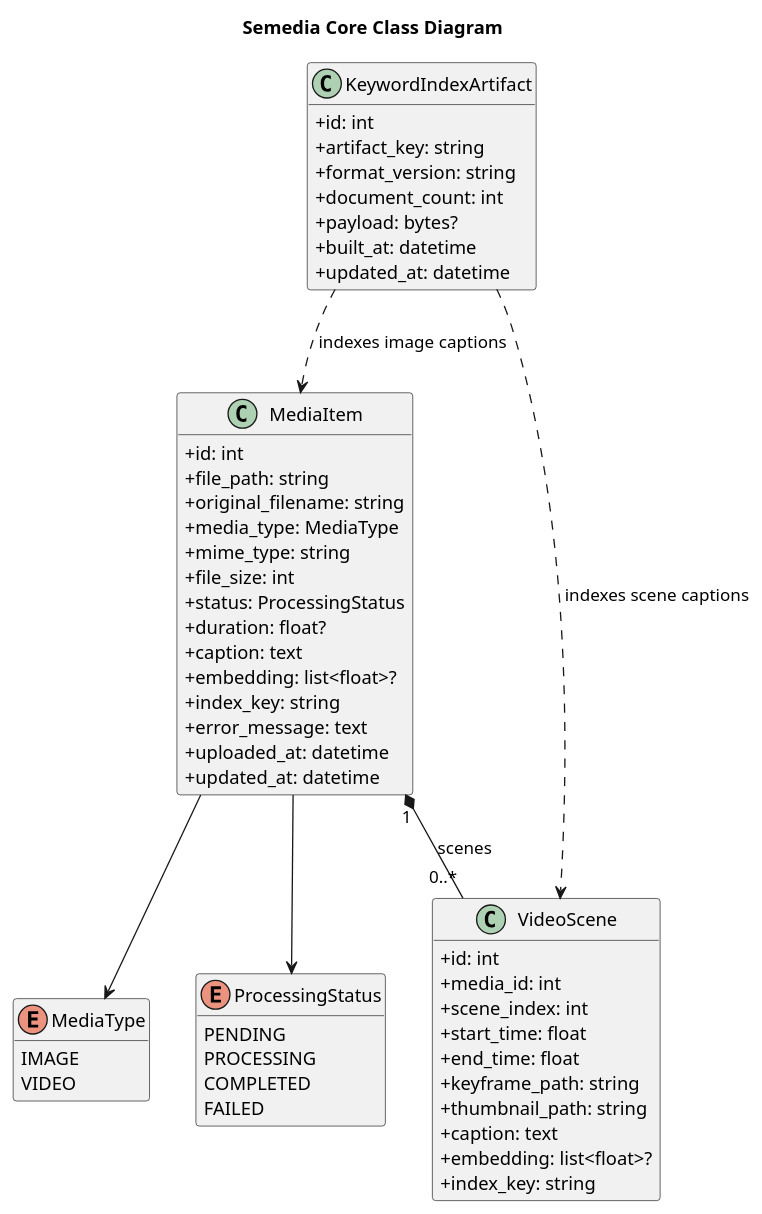
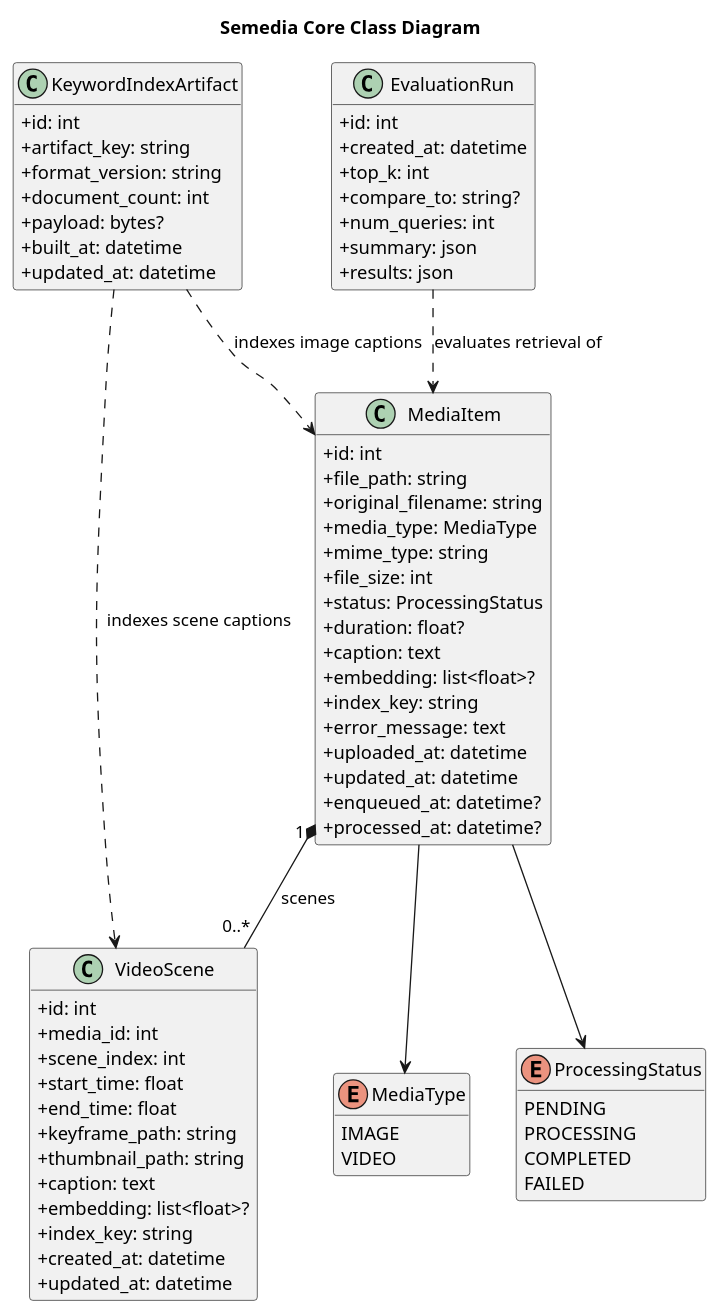
Diagram 19 of 19 in docs/college-reports/semedia-final-project-report-draft.md (pho-veteran/semedia), drawn with PlantUML before and after one commit. The commit also changed other lines of this file and 13 other files, not shown here.

````diff
--- a/docs/college-reports/semedia-final-project-report-draft.md
+++ b/docs/college-reports/semedia-final-project-report-draft.md
@@ -911,65 +991,80 @@
 ```plantuml
 @startuml
 title Semedia Core Class Diagram
 hide methods
 skinparam classAttributeIconSize 0
 
 enum MediaType {
   IMAGE
   VIDEO
 }
 
 enum ProcessingStatus {
   PENDING
   PROCESSING
   COMPLETED
   FAILED
 }
 
 class MediaItem {
   +id: int
   +file_path: string
   +original_filename: string
   +media_type: MediaType
   +mime_type: string
   +file_size: int
   +status: ProcessingStatus
   +duration: float?
   +caption: text
   +embedding: list<float>?
   +index_key: string
   +error_message: text
   +uploaded_at: datetime
   +updated_at: datetime
+  +enqueued_at: datetime?
+  +processed_at: datetime?
 }
 
 class VideoScene {
   +id: int
   +media_id: int
   +scene_index: int
   +start_time: float
   +end_time: float
   +keyframe_path: string
   +thumbnail_path: string
   +caption: text
   +embedding: list<float>?
   +index_key: string
+  +created_at: datetime
+  +updated_at: datetime
 }
 
 class KeywordIndexArtifact {
   +id: int
   +artifact_key: string
   +format_version: string
   +document_count: int
   +payload: bytes?
   +built_at: datetime
   +updated_at: datetime
 }
 
+class EvaluationRun {
+  +id: int
+  +created_at: datetime
+  +top_k: int
+  +compare_to: string?
+  +num_queries: int
+  +summary: json
+  +results: json
+}
+
 MediaItem "1" *-- "0..*" VideoScene : scenes
 MediaItem --> MediaType
 MediaItem --> ProcessingStatus
 KeywordIndexArtifact ..> MediaItem : indexes image captions
 KeywordIndexArtifact ..> VideoScene : indexes scene captions
+EvaluationRun ..> MediaItem : evaluates retrieval of
 @enduml
 ```
````
